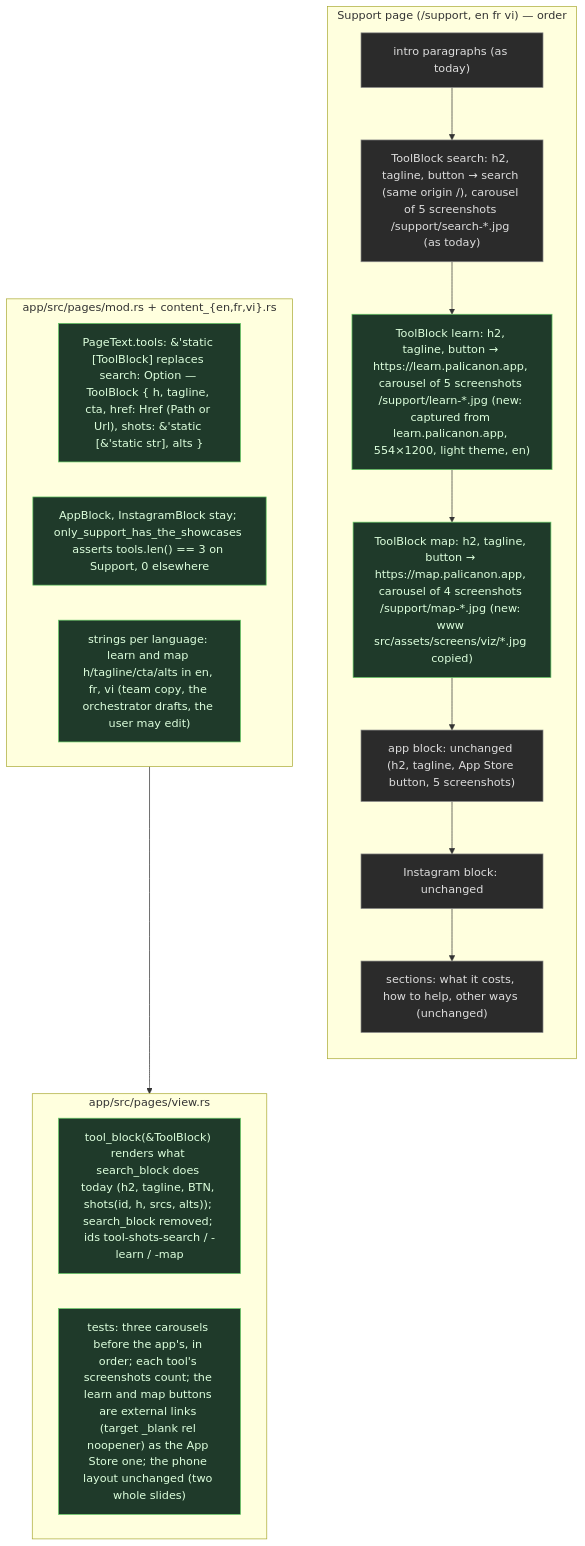
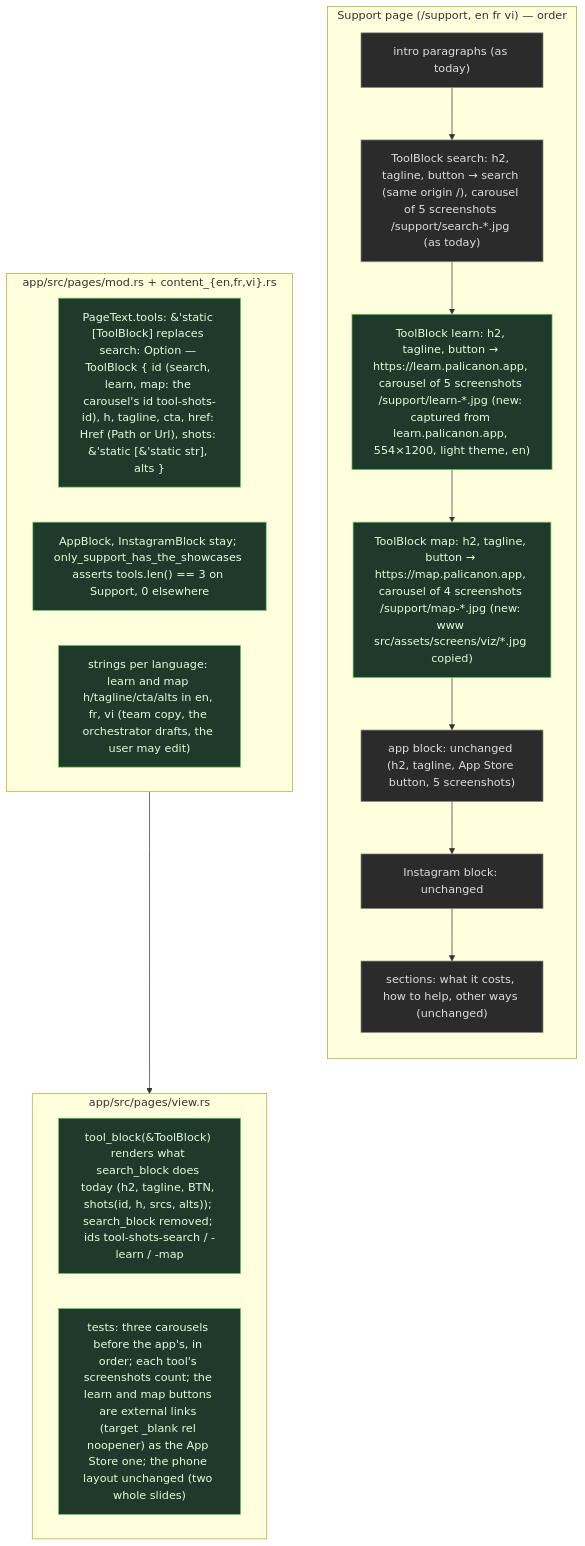
One commit to PaliCanon/search-front changed the second of 2 diagrams in .task/022-support-tools.md. Above: the diagram before and after it, drawn with Mermaid. The commit also changed other lines of this file and 14 other files, not shown here.

First line of the commit message:
feat(support): one showcase block per tool, search, learn, map (022)

````diff
--- a/.task/022-support-tools.md
+++ b/.task/022-support-tools.md
@@ -18,26 +37,26 @@
 ```mermaid
 flowchart TB
   subgraph PAGE["Support page (/support, en fr vi) — order"]
     direction TB
     I["intro paragraphs (as today)"]:::keep
     T1["ToolBlock search: h2, tagline, button → search (same origin /), carousel of 5 screenshots /support/search-*.jpg (as today)"]:::keep
     T2["ToolBlock learn: h2, tagline, button → https://learn.palicanon.app, carousel of 5 screenshots /support/learn-*.jpg (new: captured from learn.palicanon.app, 554×1200, light theme, en)"]:::new
     T3["ToolBlock map: h2, tagline, button → https://map.palicanon.app, carousel of 4 screenshots /support/map-*.jpg (new: www src/assets/screens/viz/*.jpg copied)"]:::new
     A["app block: unchanged (h2, tagline, App Store button, 5 screenshots)"]:::keep
     IG["Instagram block: unchanged"]:::keep
     S["sections: what it costs, how to help, other ways (unchanged)"]:::keep
     I --> T1 --> T2 --> T3 --> A --> IG --> S
   end
   subgraph DATA["app/src/pages/mod.rs + content_{en,fr,vi}.rs"]
-    D1["PageText.tools: &'static [ToolBlock] replaces search: Option<SearchBlock> — ToolBlock { h, tagline, cta, href: Href (Path or Url), shots: &'static [&'static str], alts }"]:::new
+    D1["PageText.tools: &'static [ToolBlock] replaces search: Option<SearchBlock> — ToolBlock { id (search, learn, map: the carousel's id tool-shots-id), h, tagline, cta, href: Href (Path or Url), shots: &'static [&'static str], alts }"]:::new
     D2["AppBlock, InstagramBlock stay; only_support_has_the_showcases asserts tools.len() == 3 on Support, 0 elsewhere"]:::new
     D3["strings per language: learn and map h/tagline/cta/alts in en, fr, vi (team copy, the orchestrator drafts, the user may edit)"]:::new
   end
   subgraph VIEW["app/src/pages/view.rs"]
     V1["tool_block(&ToolBlock) renders what search_block does today (h2, tagline, BTN, shots(id, h, srcs, alts)); search_block removed; ids tool-shots-search / -learn / -map"]:::new
     V2["tests: three carousels before the app's, in order; each tool's screenshots count; the learn and map buttons are external links (target _blank rel noopener) as the App Store one; the phone layout unchanged (two whole slides)"]:::new
   end
   DATA --> VIEW
   classDef keep fill:#2b2b2b,stroke:#888,color:#ddd
   classDef new fill:#1f3a2a,stroke:#6c6,color:#dfd
 ```
````
